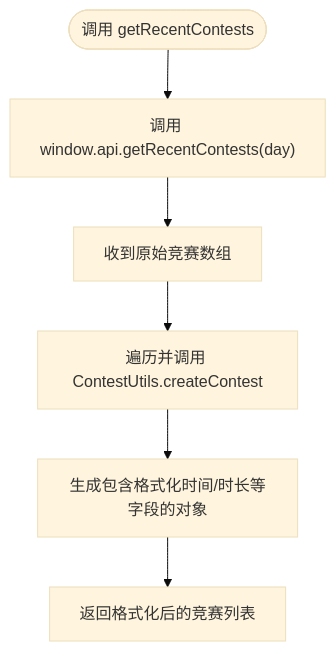
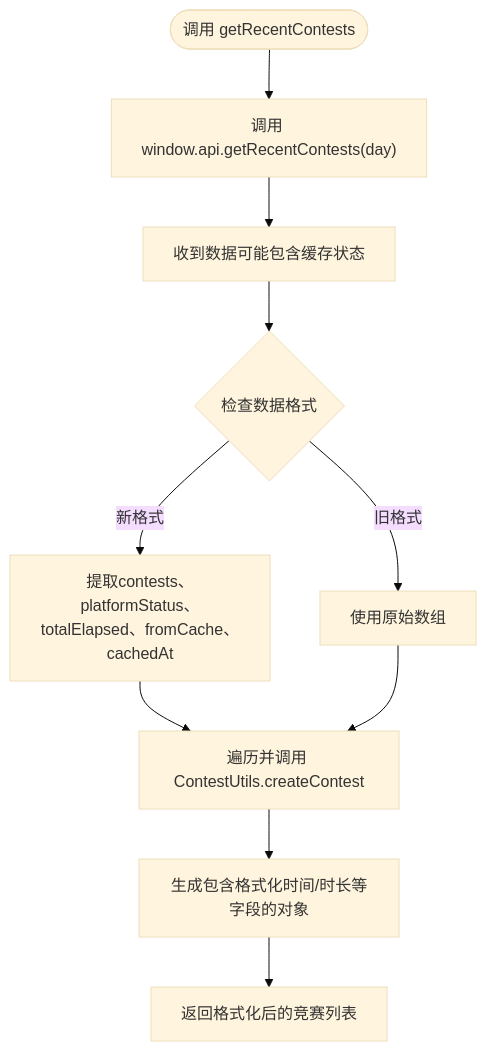
The seventh of 10 diagrams in .qoder/repowiki/zh/content/架构设计/数据流架构.md (Siborne/OJFlow), drawn with Mermaid (base theme) before and after one commit. The commit also changed other lines of this file and 23 other files, not shown here.

````diff
--- a/.qoder/repowiki/zh/content/架构设计/数据流架构.md
+++ b/.qoder/repowiki/zh/content/架构设计/数据流架构.md
@@ -233,8 +349,12 @@
 ```mermaid
 flowchart TD
 Start(["调用 getRecentContests"]) --> CallAPI["调用 window.api.getRecentContests(day)"]
-CallAPI --> Receive["收到原始竞赛数组"]
-Receive --> Map["遍历并调用 ContestUtils.createContest"]
+CallAPI --> Receive["收到数据可能包含缓存状态"]
+Receive --> CheckFormat{"检查数据格式"}
+CheckFormat --> |新格式| ExtractFields["提取contests、platformStatus、totalElapsed、fromCache、cachedAt"]
+CheckFormat --> |旧格式| LegacyFormat["使用原始数组"]
+ExtractFields --> Map["遍历并调用 ContestUtils.createContest"]
+LegacyFormat --> Map
 Map --> Format["生成包含格式化时间/时长等字段的对象"]
 Format --> Return["返回格式化后的竞赛列表"]
 ```
````
